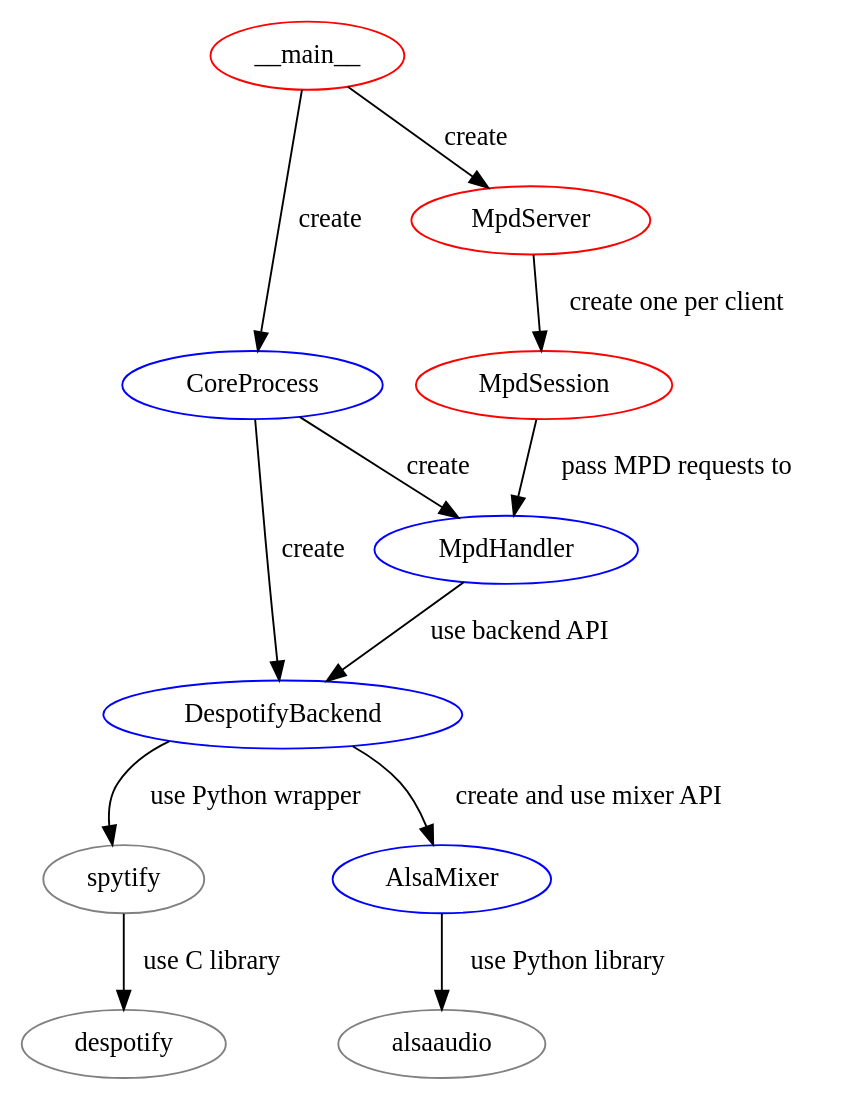
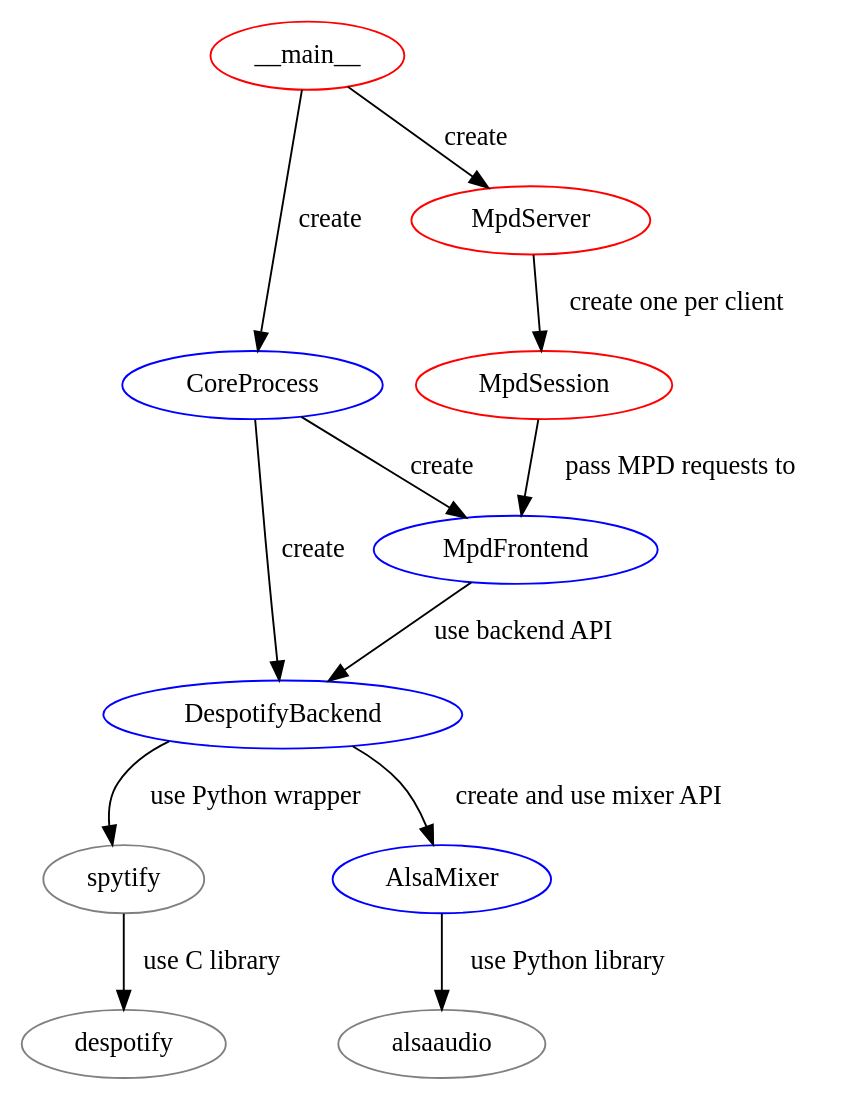
The diagram in docs/development/internals.rst (mopidy/mopidy), drawn with Graphviz before and after one commit. The commit also changed 4 other files, not shown here.

Commit message:
Rename MpdHandler to MpdFrontend

```diff
--- a/docs/development/internals.rst
+++ b/docs/development/internals.rst
@@ -21,23 +21,23 @@
 .. digraph:: class_instantiation_and_usage
 
     "spytify" [ color="gray" ]
     "despotify" [ color="gray" ]
     "alsaaudio" [ color="gray" ]
     "__main__" [ color="red" ]
     "CoreProcess" [ color="blue" ]
     "DespotifyBackend" [ color="blue" ]
     "AlsaMixer" [ color="blue" ]
-    "MpdHandler" [ color="blue" ]
+    "MpdFrontend" [ color="blue" ]
     "MpdServer" [ color="red" ]
     "MpdSession" [ color="red" ]
     "__main__" -> "CoreProcess" [ label="create" ]
     "__main__" -> "MpdServer" [ label="create" ]
     "CoreProcess" -> "DespotifyBackend" [ label="create" ]
-    "CoreProcess" -> "MpdHandler" [ label="create" ]
+    "CoreProcess" -> "MpdFrontend" [ label="create" ]
     "MpdServer" -> "MpdSession" [ label="create one per client" ]
-    "MpdSession" -> "MpdHandler" [ label="pass MPD requests to" ]
-    "MpdHandler" -> "DespotifyBackend" [ label="use backend API" ]
+    "MpdSession" -> "MpdFrontend" [ label="pass MPD requests to" ]
+    "MpdFrontend" -> "DespotifyBackend" [ label="use backend API" ]
     "DespotifyBackend" -> "AlsaMixer" [ label="create and use mixer API" ]
     "DespotifyBackend" -> "spytify" [ label="use Python wrapper" ]
     "spytify" -> "despotify" [ label="use C library" ]
     "AlsaMixer" -> "alsaaudio" [ label="use Python library" ]
```
